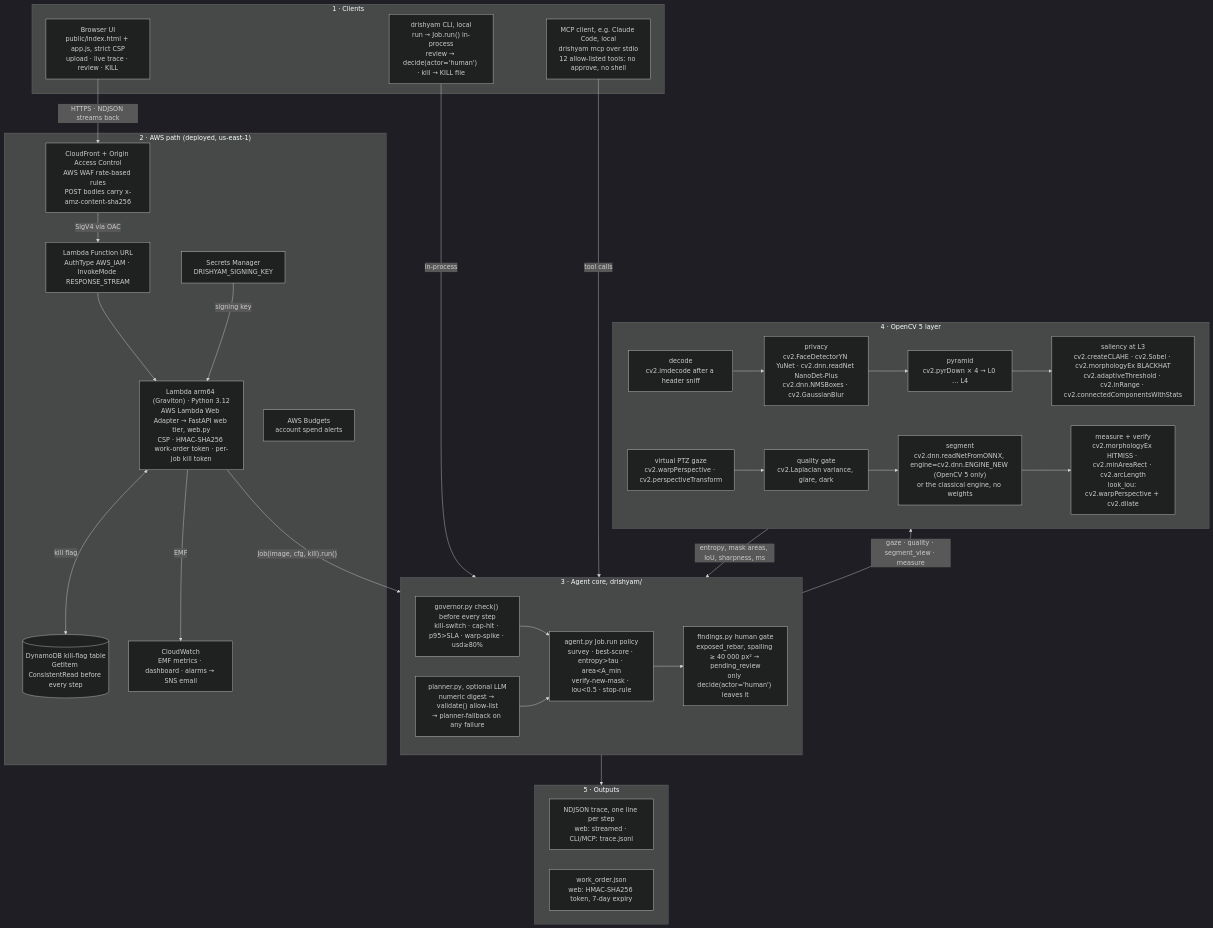
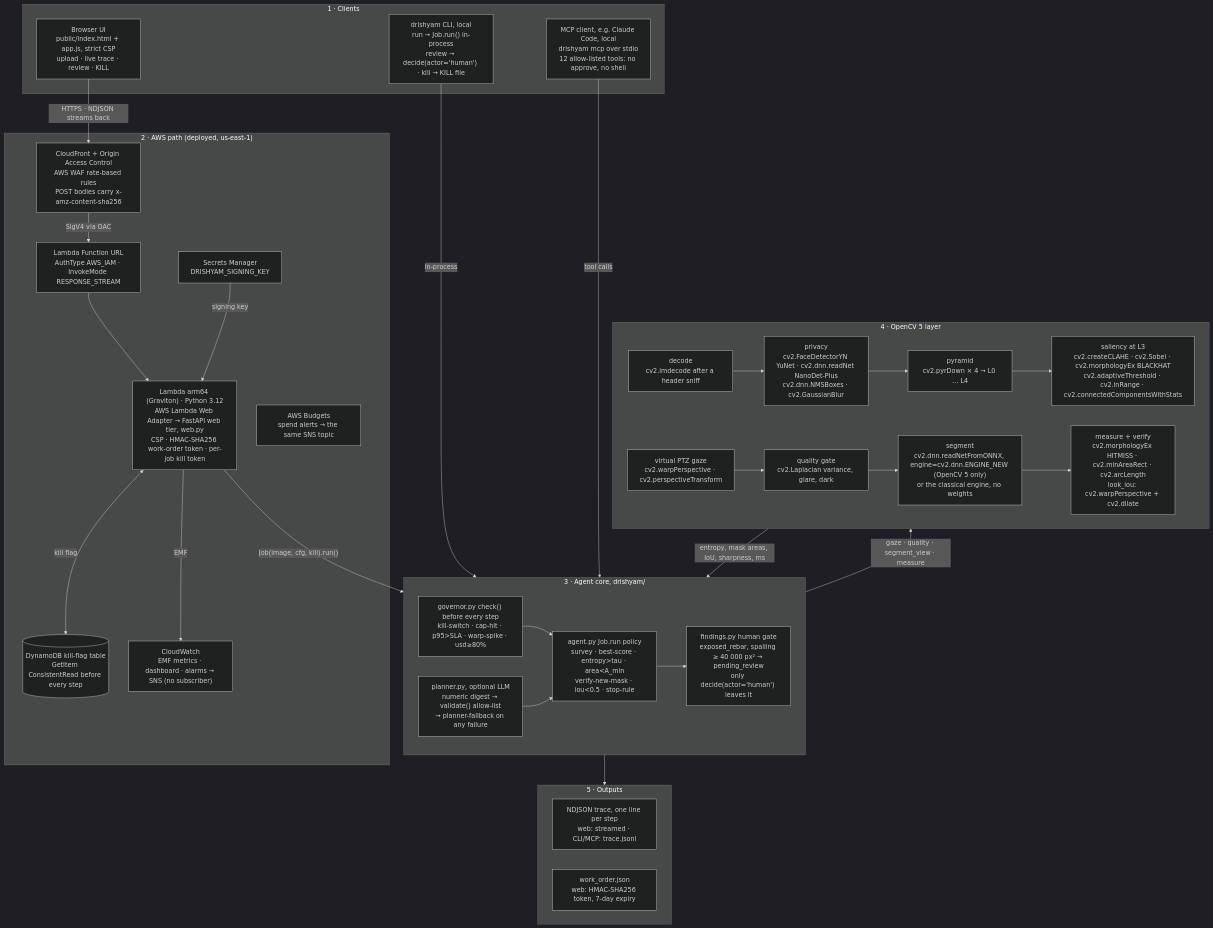
The diagram in docs/architecture.mmd (vj-io/drishyam), drawn with Mermaid (dark theme) before and after one commit. The commit also changed 2 other files, not shown here.

Commit message:
docs(architecture): alarms go to an SNS topic with no subscriber; REV 03af85b
The diagram said 'alarms -> SNS email', but the deployed stack has no SNS subscription
(the deployed template holds none), and the budget alerts go to the same topic. The svg
description still called the web tier 'planned'. Both REV stamps now name 03af85b, the
integrate/v1.1 commit the names were checked against. PNG re-rendered with the site fonts;
the text-fit check is clean with site and fallback fonts.

```diff
--- a/docs/architecture.mmd
+++ b/docs/architecture.mmd
@@ -1,59 +1,59 @@
 %% Drishyam system architecture: the same content as docs/architecture.svg.
 %% cv2 names are the calls made in drishyam/imaging.py, privacy.py, segment.py, measure.py and agent.py.
 flowchart TB
     subgraph CLIENTS["1 · Clients"]
         UI["Browser UI<br/>public/index.html + app.js, strict CSP<br/>upload · live trace · review · KILL"]
         CLI["drishyam CLI, local<br/>run → Job.run() in-process<br/>review → decide(actor='human') · kill → KILL file"]
         MCPC["MCP client, e.g. Claude Code, local<br/>drishyam mcp over stdio<br/>12 allow-listed tools: no approve, no shell"]
     end
 
     subgraph AWS["2 · AWS path (deployed, us-east-1)"]
         CF["CloudFront + Origin Access Control<br/>AWS WAF rate-based rules<br/>POST bodies carry x-amz-content-sha256"]
         FURL["Lambda Function URL<br/>AuthType AWS_IAM · InvokeMode RESPONSE_STREAM"]
         LAMBDA["Lambda arm64 (Graviton) · Python 3.12<br/>AWS Lambda Web Adapter → FastAPI web tier, web.py<br/>CSP · HMAC-SHA256 work-order token · per-job kill token"]
         DDB[("DynamoDB kill-flag table<br/>GetItem ConsistentRead before every step")]
         SM["Secrets Manager<br/>DRISHYAM_SIGNING_KEY"]
-        CW["CloudWatch<br/>EMF metrics · dashboard · alarms → SNS email"]
-        BUD["AWS Budgets<br/>account spend alerts"]
+        CW["CloudWatch<br/>EMF metrics · dashboard · alarms → SNS (no subscriber)"]
+        BUD["AWS Budgets<br/>spend alerts → the same SNS topic"]
     end
 
     subgraph CORE["3 · Agent core, drishyam/"]
         POLICY["agent.py Job.run policy<br/>survey · best-score · entropy#gt;tau · area#lt;A_min<br/>verify-new-mask · iou#lt;0.5 · stop-rule"]
         GOV["governor.py check() before every step<br/>kill-switch · cap-hit · p95#gt;SLA · warp-spike · usd≥80%"]
         PLAN["planner.py, optional LLM<br/>numeric digest → validate() allow-list<br/>→ planner-fallback on any failure"]
         GATE["findings.py human gate<br/>exposed_rebar, spalling ≥ 40 000 px² → pending_review<br/>only decide(actor='human') leaves it"]
         GOV --> POLICY
         PLAN --> POLICY
         POLICY --> GATE
     end
 
     subgraph CV["4 · OpenCV 5 layer"]
         DEC["decode<br/>cv2.imdecode after a header sniff"]
         PRIV["privacy<br/>cv2.FaceDetectorYN YuNet · cv2.dnn.readNet NanoDet-Plus<br/>cv2.dnn.NMSBoxes · cv2.GaussianBlur"]
         PYR["pyramid<br/>cv2.pyrDown × 4 → L0 … L4"]
         SAL["saliency at L3<br/>cv2.createCLAHE · cv2.Sobel · cv2.morphologyEx BLACKHAT<br/>cv2.adaptiveThreshold · cv2.inRange · cv2.connectedComponentsWithStats"]
         GAZE["virtual PTZ gaze<br/>cv2.warpPerspective · cv2.perspectiveTransform"]
         QG["quality gate<br/>cv2.Laplacian variance, glare, dark"]
         SEG["segment<br/>cv2.dnn.readNetFromONNX, engine=cv2.dnn.ENGINE_NEW (OpenCV 5 only)<br/>or the classical engine, no weights"]
         MEAS["measure + verify<br/>cv2.morphologyEx HITMISS · cv2.minAreaRect · cv2.arcLength<br/>look_iou: cv2.warpPerspective + cv2.dilate"]
         DEC --> PRIV --> PYR --> SAL
         GAZE --> QG --> SEG --> MEAS
     end
 
     subgraph OUT["5 · Outputs"]
         TRACE["NDJSON trace, one line per step<br/>web: streamed · CLI/MCP: trace.jsonl"]
         WO["work_order.json<br/>web: HMAC-SHA256 token, 7-day expiry"]
     end
 
     UI -->|"HTTPS · NDJSON streams back"| CF
     CF -->|"SigV4 via OAC"| FURL --> LAMBDA
     LAMBDA <-->|"kill flag"| DDB
     SM -->|"signing key"| LAMBDA
     LAMBDA -->|"EMF"| CW
     BUD ~~~ CW
     LAMBDA -->|"Job(image, cfg, kill).run()"| CORE
     CLI -->|"in-process"| CORE
     MCPC -->|"tool calls"| CORE
     CORE -->|"gaze · quality · segment_view · measure"| CV
     CV -->|"entropy, mask areas, IoU, sharpness, ms"| CORE
     CORE --> OUT
```
